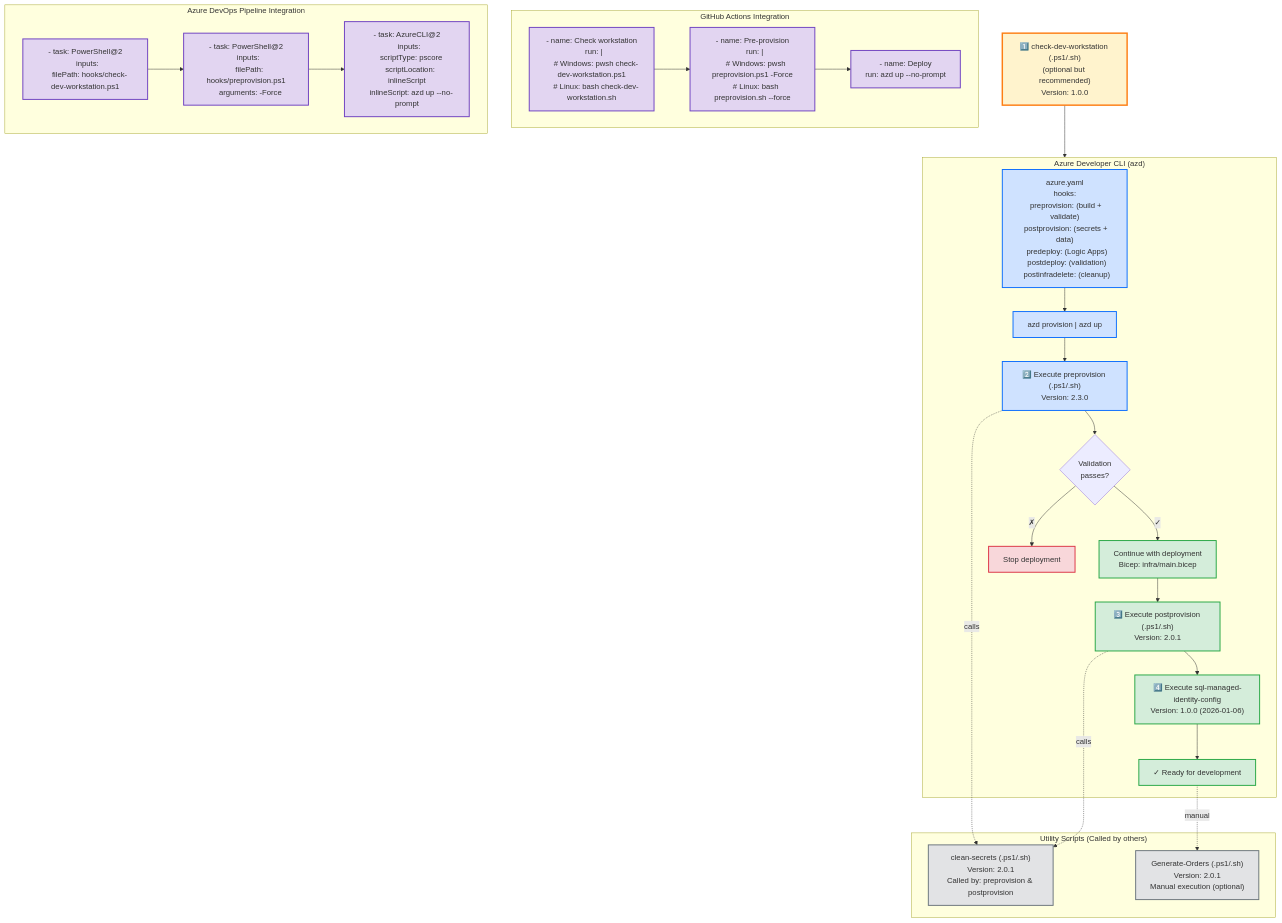
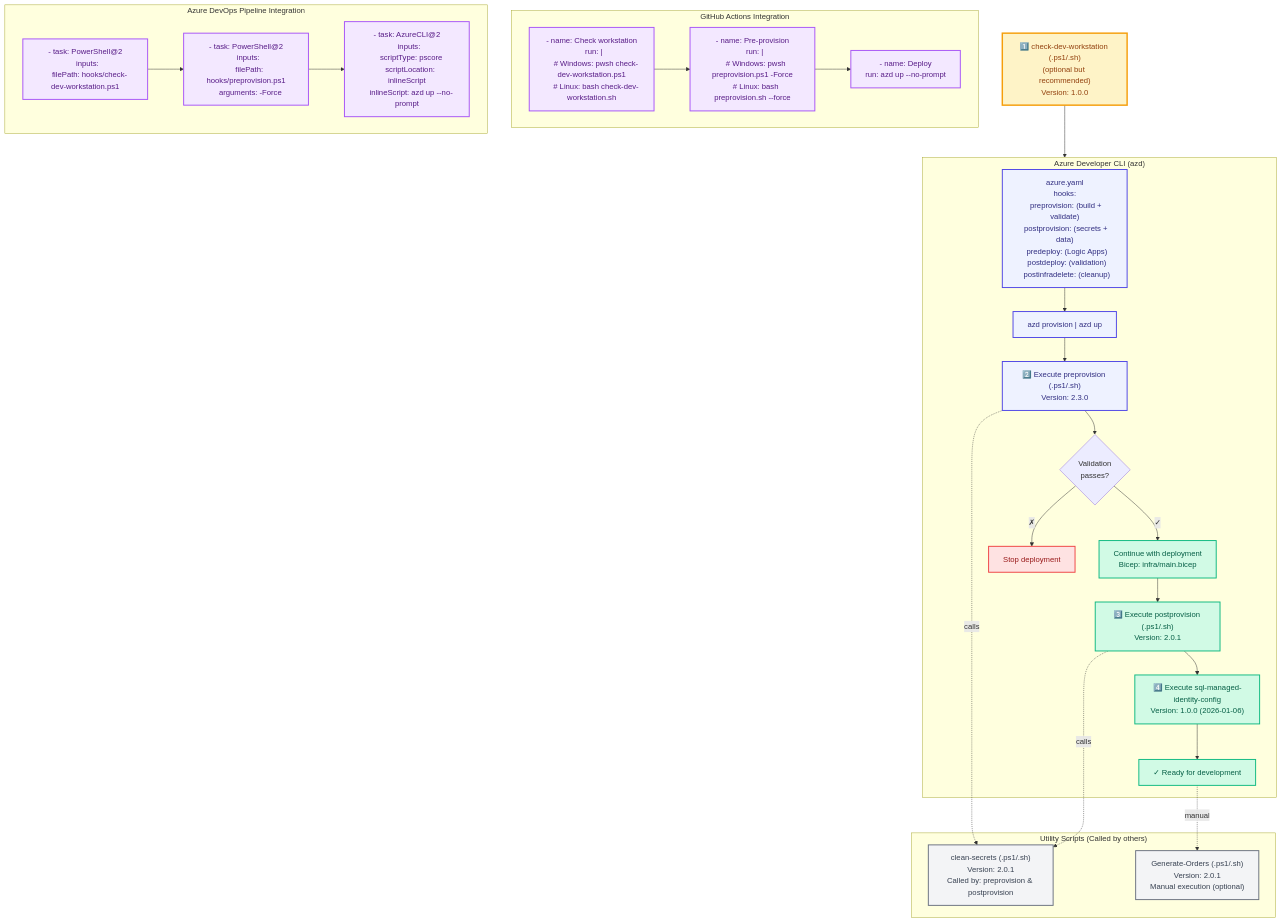
One commit to Evilazaro/Azure-LogicApps-Monitoring changed the sixth of 7 diagrams in docs/hooks/VALIDATION-WORKFLOW.md. Above: the diagram before and after it, drawn with Mermaid. The commit also changed other lines of this file and 11 other files, not shown here.

Commit message:
feat(docs): Update diagrams with modern color palette for improved accessibility and clarity

````diff
--- a/docs/hooks/VALIDATION-WORKFLOW.md
+++ b/docs/hooks/VALIDATION-WORKFLOW.md
@@ -376,56 +376,56 @@
 ```mermaid
 flowchart TD
     CheckDev["1️⃣ check-dev-workstation (.ps1/.sh)<br/>(optional but recommended)<br/>Version: 1.0.0"]
     CheckDev --> AZD
 
     subgraph AZD["Azure Developer CLI (azd)"]
         AzdYaml["azure.yaml<br/>hooks:<br/>  preprovision: (build + validate)<br/>  postprovision: (secrets + data)<br/>  predeploy: (Logic Apps)<br/>  postdeploy: (validation)<br/>  postinfradelete: (cleanup)"]
         AzdYaml --> AzdCmd["azd provision | azd up"]
         AzdCmd --> Execute["2️⃣ Execute preprovision (.ps1/.sh)<br/>Version: 2.3.0"]
         Execute --> Validate{Validation<br/>passes?}
         Validate -->|✓| Deploy["Continue with deployment<br/>Bicep: infra/main.bicep"]
         Deploy --> Post["3️⃣ Execute postprovision (.ps1/.sh)<br/>Version: 2.0.1"]
         Post --> SqlConfig["4️⃣ Execute sql-managed-identity-config<br/>Version: 1.0.0 (2026-01-06)"]
         SqlConfig --> Ready["✓ Ready for development"]
         Validate -->|✗| Stop["Stop deployment"]
     end
 
     subgraph Utilities["Utility Scripts (Called by others)"]
         CleanSec["clean-secrets (.ps1/.sh)<br/>Version: 2.0.1<br/>Called by: preprovision & postprovision"]
         GenOrd["Generate-Orders (.ps1/.sh)<br/>Version: 2.0.1<br/>Manual execution (optional)"]
     end
 
     subgraph GitHub["GitHub Actions Integration"]
         GHAction1["- name: Check workstation<br/>  run: |<br/>    # Windows: pwsh check-dev-workstation.ps1<br/>    # Linux: bash check-dev-workstation.sh"]
         GHAction2["- name: Pre-provision<br/>  run: |<br/>    # Windows: pwsh preprovision.ps1 -Force<br/>    # Linux: bash preprovision.sh --force"]
         GHAction3["- name: Deploy<br/>  run: azd up --no-prompt"]
         GHAction1 --> GHAction2
         GHAction2 --> GHAction3
     end
 
     subgraph AzureDevOps["Azure DevOps Pipeline Integration"]
         ADOTask1["- task: PowerShell@2<br/>  inputs:<br/>    filePath: hooks/check-dev-workstation.ps1"]
         ADOTask2["- task: PowerShell@2<br/>  inputs:<br/>    filePath: hooks/preprovision.ps1<br/>    arguments: -Force"]
         ADOTask3["- task: AzureCLI@2<br/>  inputs:<br/>    scriptType: pscore<br/>    scriptLocation: inlineScript<br/>    inlineScript: azd up --no-prompt"]
         ADOTask1 --> ADOTask2
         ADOTask2 --> ADOTask3
     end
 
     Execute -.calls.-> CleanSec
     Post -.calls.-> CleanSec
     Ready -.manual.-> GenOrd
 
-    classDef devClass fill:#fff3cd,stroke:#fd7e14,stroke-width:3px
-    classDef azdClass fill:#cfe2ff,stroke:#0d6efd,stroke-width:2px
-    classDef ciClass fill:#e2d5f1,stroke:#6f42c1,stroke-width:2px
-    classDef successClass fill:#d4edda,stroke:#28a745,stroke-width:2px
-    classDef failClass fill:#f8d7da,stroke:#dc3545,stroke-width:2px
-    classDef utilClass fill:#e2e3e5,stroke:#6c757d,stroke-width:2px
+    classDef devClass fill:#FEF3C7,stroke:#F59E0B,stroke-width:3px,color:#92400E
+    classDef azdClass fill:#EEF2FF,stroke:#4F46E5,stroke-width:2px,color:#312E81
+    classDef ciClass fill:#F3E8FF,stroke:#A855F7,stroke-width:2px,color:#581C87
+    classDef successClass fill:#D1FAE5,stroke:#10B981,stroke-width:2px,color:#065F46
+    classDef failClass fill:#FEE2E2,stroke:#EF4444,stroke-width:2px,color:#991B1B
+    classDef utilClass fill:#F3F4F6,stroke:#6B7280,stroke-width:2px,color:#374151
 
     class CheckDev devClass
     class AzdYaml,AzdCmd,Execute azdClass
     class GHAction1,GHAction2,GHAction3,ADOTask1,ADOTask2,ADOTask3 ciClass
     class Deploy,Post,SqlConfig,Ready successClass
     class Stop failClass
     class CleanSec,GenOrd utilClass
 ```
````
